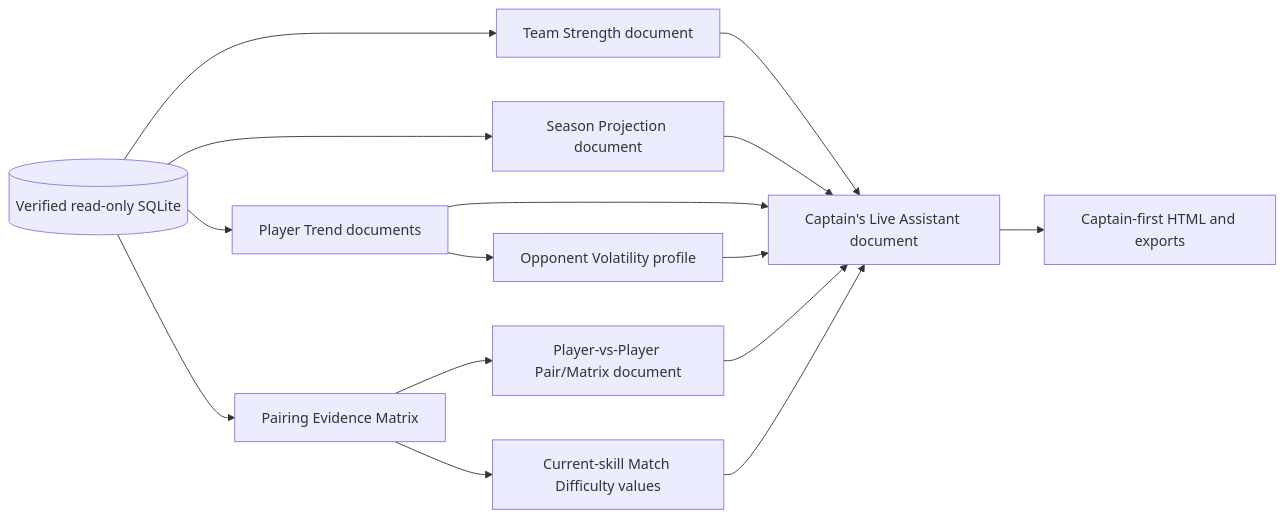
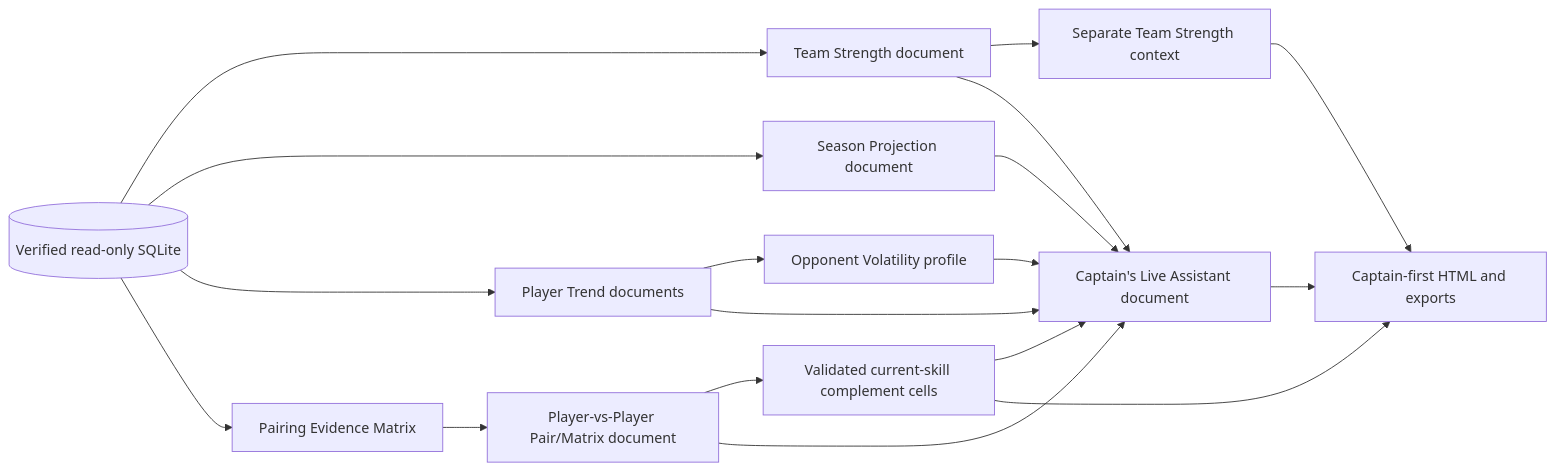
The diagram in docs/demo_architecture.md (ssands5-cloud/APA-Tracker), drawn with Mermaid before and after one commit. The commit also changed other lines of this file and 8 other files, not shown here.

Commit message:
Finalize match difficulty heatmap documentation

````diff
--- a/docs/demo_architecture.md
+++ b/docs/demo_architecture.md
@@ -208,17 +222,20 @@
 ```mermaid
 flowchart LR
     DB[(Verified read-only SQLite)] --> TS[Team Strength document]
     DB --> SP[Season Projection document]
     DB --> TR[Player Trend documents]
     DB --> PM[Pairing Evidence Matrix]
     TR --> OV[Opponent Volatility profile]
-    PM --> HM[Current-skill Match Difficulty values]
     PM --> PV[Player-vs-Player Pair/Matrix document]
+    PV --> HM[Validated current-skill complement cells]
+    TS --> TSC[Separate Team Strength context]
+    TSC --> UI
     TS --> LA[Captain's Live Assistant document]
     SP --> LA
     TR --> LA
     OV --> LA
     PV --> LA
     HM --> LA
+    HM --> UI
     LA --> UI[Captain-first HTML and exports]
 ```
````
